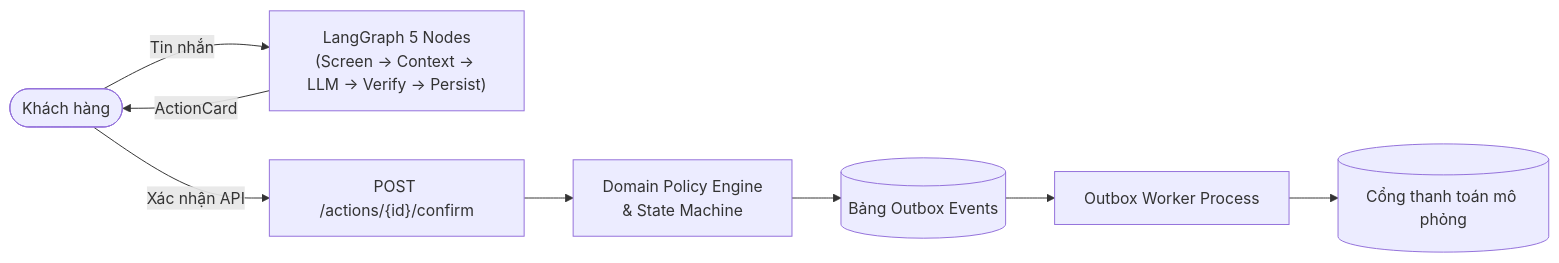
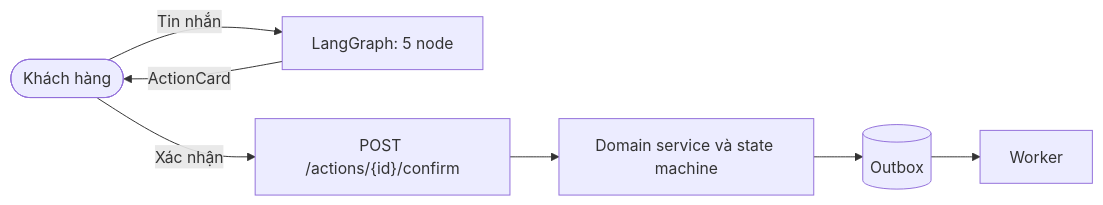
One commit to nvtanphat/support-shop changed the diagram in README.md. Above: the diagram before and after it, drawn with Mermaid. The commit also changed other lines of this file and 28 other files, not shown here.

````diff
--- a/README.md
+++ b/README.md
@@ -15,10 +13,9 @@
 ```mermaid
 flowchart LR
-    Customer(["Khách hàng"]) -->|Tin nhắn| Agent["LangGraph 5 Nodes\n(Screen -> Context -> LLM -> Verify -> Persist)"]
+    Customer(["Khách hàng"]) -->|Tin nhắn| Agent["LangGraph: 5 node"]
     Agent -->|ActionCard| Customer
-    Customer -->|Xác nhận API| ConfirmAPI["POST /actions/{id}/confirm"]
-    ConfirmAPI --> Policy["Domain Policy Engine\n& State Machine"]
-    Policy --> Outbox[("Bảng Outbox Events")]
-    Outbox --> Worker["Outbox Worker Process"]
-    Worker --> Payment[("Cổng thanh toán mô phỏng")]
+    Customer -->|Xác nhận| Confirm["POST /actions/{id}/confirm"]
+    Confirm --> Domain["Domain service và state machine"]
+    Domain --> Outbox[("Outbox")]
+    Outbox --> Worker["Worker"]
 ```
````
